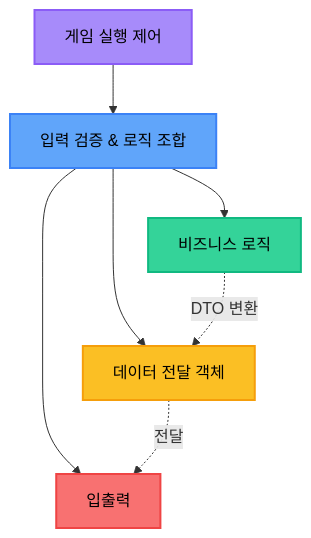
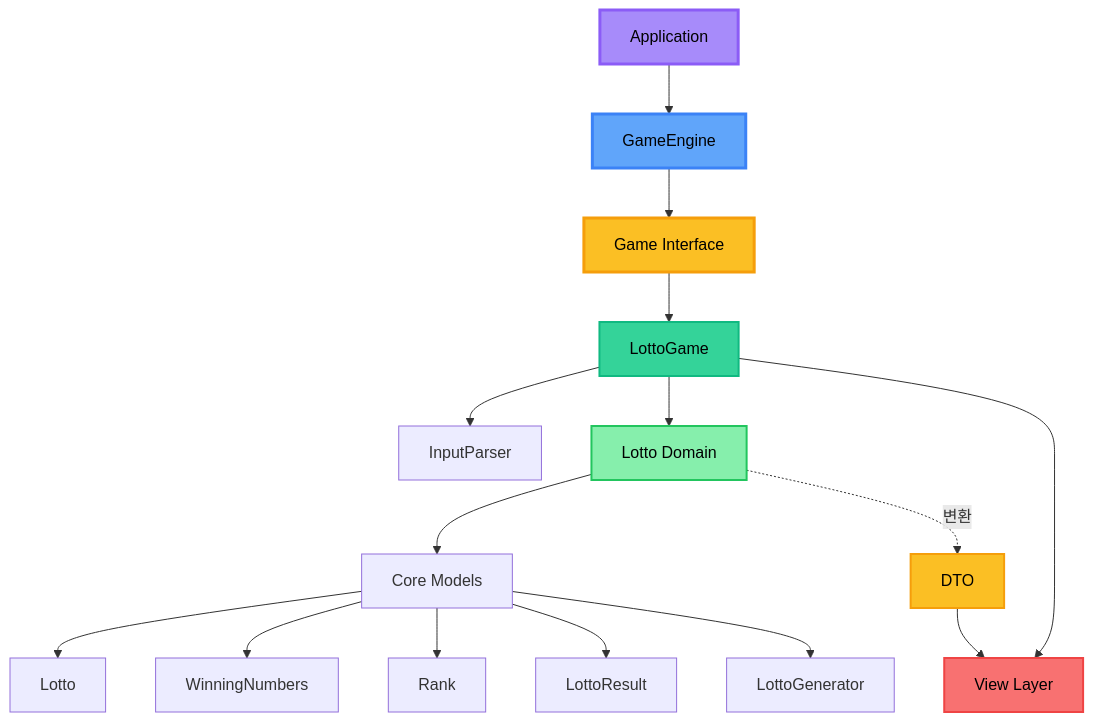
The first of 5 diagrams in README.md (luminox93/java-lotto-8), drawn with Mermaid before and after one commit. The commit also changed other lines of this file, not shown here.

````diff
--- a/README.md
+++ b/README.md
@@ -54,15 +130,28 @@
 ```mermaid
-graph TB
-    Engine[게임 실행 제어] --> Service[입력 검증 & 로직 조합]
-    Service --> Domain[비즈니스 로직]
-    Service --> DTO[데이터 전달 객체]
-    Service --> View[입출력]
-    Domain -.DTO 변환.-> DTO
-    DTO -.전달.-> View
+flowchart TD
+    App[Application] --> Engine[GameEngine]
+    Engine --> Game[Game Interface]
+    Game --> Lotto[LottoGame]
 
-    style Engine fill:#a78bfa,stroke:#8b5cf6,stroke-width:2px,color:#000
-    style Service fill:#60a5fa,stroke:#3b82f6,stroke-width:2px,color:#000
-    style Domain fill:#34d399,stroke:#10b981,stroke-width:2px,color:#000
+    Lotto --> Parser[InputParser]
+    Lotto --> Domain[Lotto Domain]
+    Lotto --> View[View Layer]
+
+    Domain --> Core[Core Models]
+    Core --> LottoClass[Lotto]
+    Core --> Winning[WinningNumbers]
+    Core --> RankEnum[Rank]
+    Core --> Result[LottoResult]
+    Core --> Generator[LottoGenerator]
+
+    Domain -.변환.-> DTO[DTO]
+    DTO --> View
+
+    style App fill:#a78bfa,stroke:#8b5cf6,stroke-width:3px,color:#000
+    style Engine fill:#60a5fa,stroke:#3b82f6,stroke-width:3px,color:#000
+    style Game fill:#fbbf24,stroke:#f59e0b,stroke-width:3px,color:#000
+    style Lotto fill:#34d399,stroke:#10b981,stroke-width:2px,color:#000
+    style Domain fill:#86efac,stroke:#22c55e,stroke-width:2px,color:#000
     style DTO fill:#fbbf24,stroke:#f59e0b,stroke-width:2px,color:#000
     style View fill:#f87171,stroke:#ef4444,stroke-width:2px,color:#000
 ```
````
